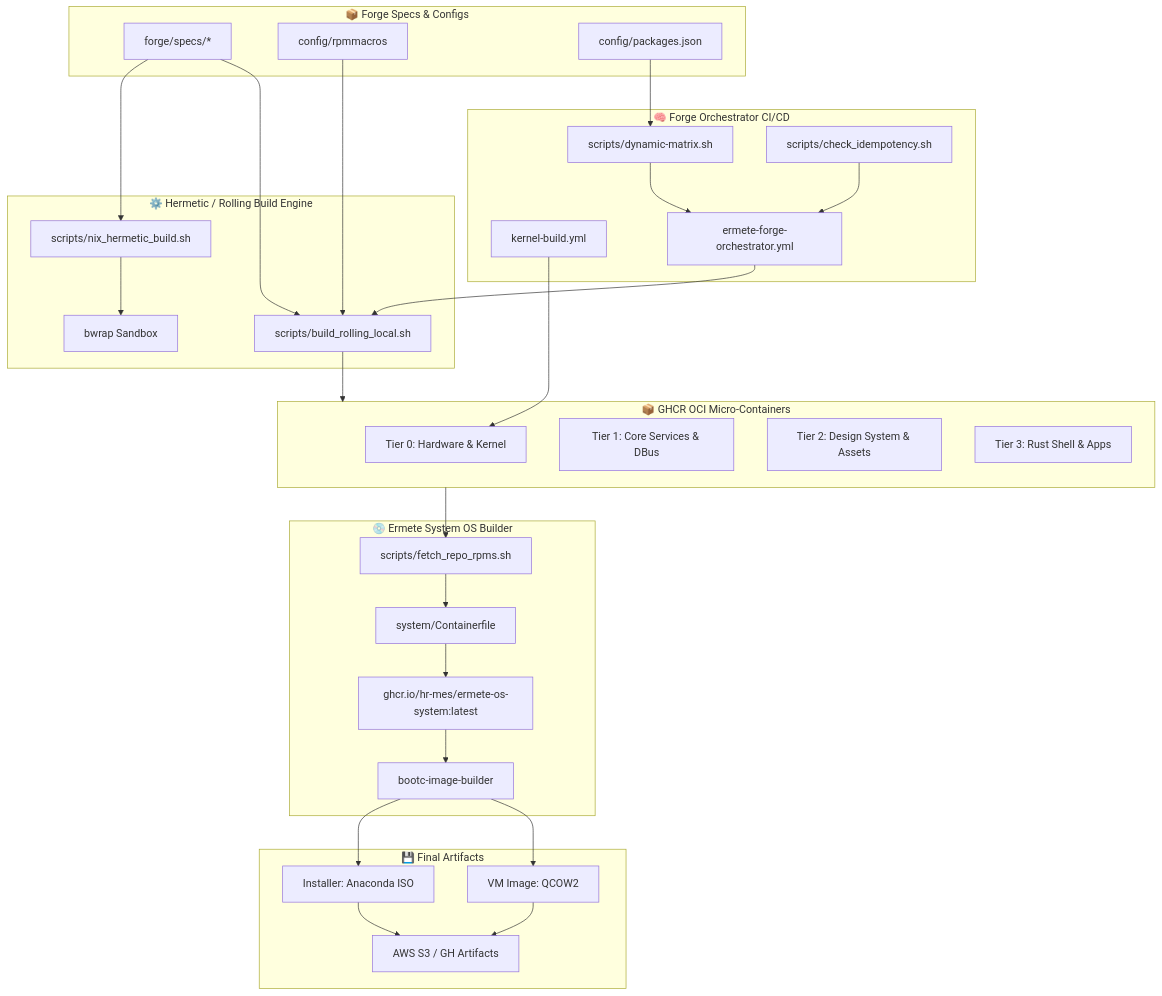
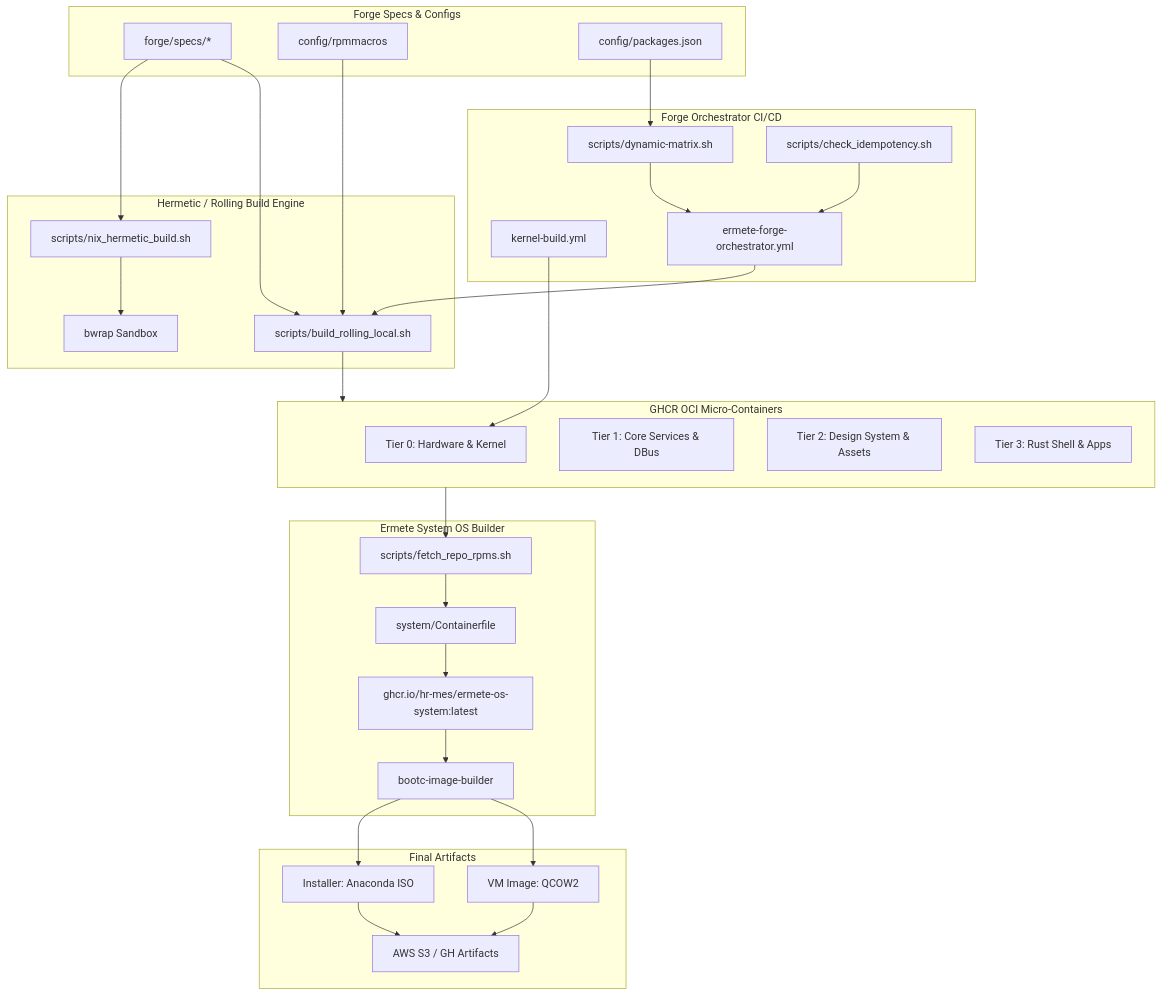
One commit to hr-mes/ermete-os changed the first of 2 diagrams in docs/architecture/doc_build_system.md. Above: the diagram before and after it, drawn with Mermaid. The commit also changed other lines of this file and 7 other files, not shown here.

````diff
--- a/docs/architecture/doc_build_system.md
+++ b/docs/architecture/doc_build_system.md
@@ -23,60 +23,60 @@
 ```mermaid
 flowchart TD
-    subgraph Spec ["📦 Forge Specs & Configs"]
+    subgraph Spec ["Forge Specs & Configs"]
         S[forge/specs/*]
         M[config/rpmmacros]
         P[config/packages.json]
     end
 
-    subgraph Orchestration ["🧠 Forge Orchestrator CI/CD"]
+    subgraph Orchestration ["Forge Orchestrator CI/CD"]
         DM[scripts/dynamic-matrix.sh]
         IC[scripts/check_idempotency.sh]
         KB[kernel-build.yml]
         FO[ermete-forge-orchestrator.yml]
     end
 
-    subgraph BuildEngine ["⚙️ Hermetic / Rolling Build Engine"]
+    subgraph BuildEngine ["Hermetic / Rolling Build Engine"]
         BL[scripts/build_rolling_local.sh]
         NH[scripts/nix_hermetic_build.sh]
         BWRAP[bwrap Sandbox]
     end
 
-    subgraph OCIRegistry ["📦 GHCR OCI Micro-Containers"]
+    subgraph OCIRegistry ["GHCR OCI Micro-Containers"]
         T0[Tier 0: Hardware & Kernel]
         T1[Tier 1: Core Services & DBus]
         T2[Tier 2: Design System & Assets]
         T3[Tier 3: Rust Shell & Apps]
     end
 
-    subgraph SystemBuilder ["💿 Ermete System OS Builder"]
+    subgraph SystemBuilder ["Ermete System OS Builder"]
         FR[scripts/fetch_repo_rpms.sh]
         CF[system/Containerfile]
         SYS[ghcr.io/hr-mes/ermete-os-system:latest]
         BIB[bootc-image-builder]
     end
 
-    subgraph Outputs ["💾 Final Artifacts"]
+    subgraph Outputs ["Final Artifacts"]
         QCOW2[VM Image: QCOW2]
         ISO[Installer: Anaconda ISO]
         S3[AWS S3 / GH Artifacts]
     end
 
     S --> BL
     S --> NH
     M --> BL
     P --> DM
     DM --> FO
     IC --> FO
     KB --> T0
     FO --> BL
     BL --> OCIRegistry
     NH --> BWRAP
     OCIRegistry --> FR
     FR --> CF
     CF --> SYS
     SYS --> BIB
     BIB --> QCOW2
     BIB --> ISO
     QCOW2 --> S3
     ISO --> S3
 ```
````
